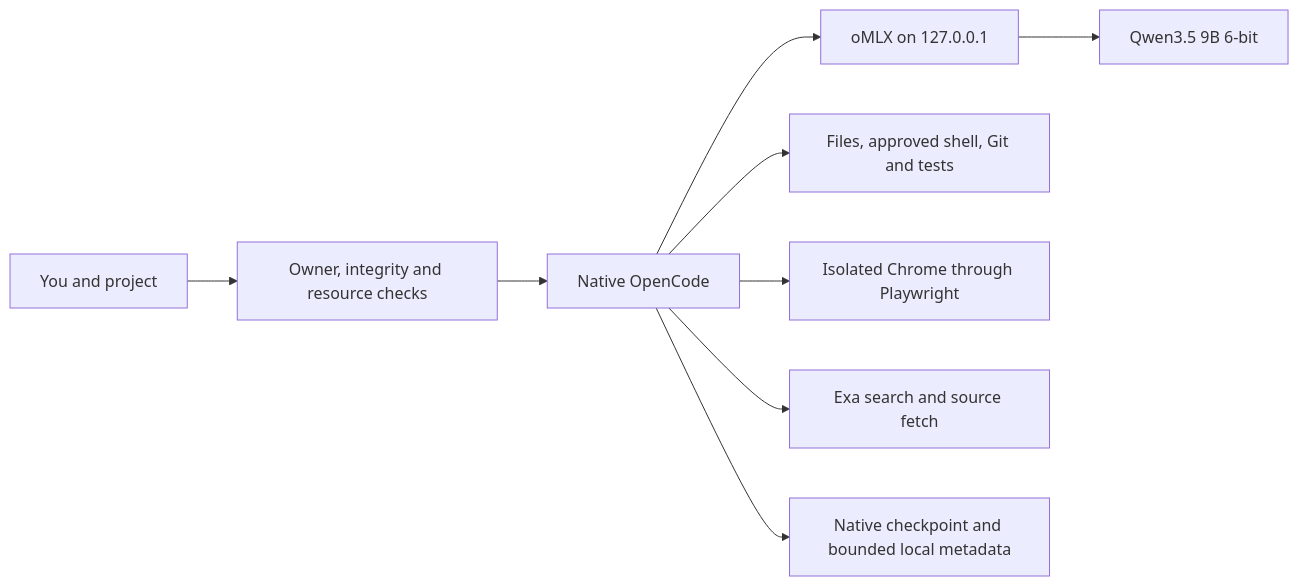
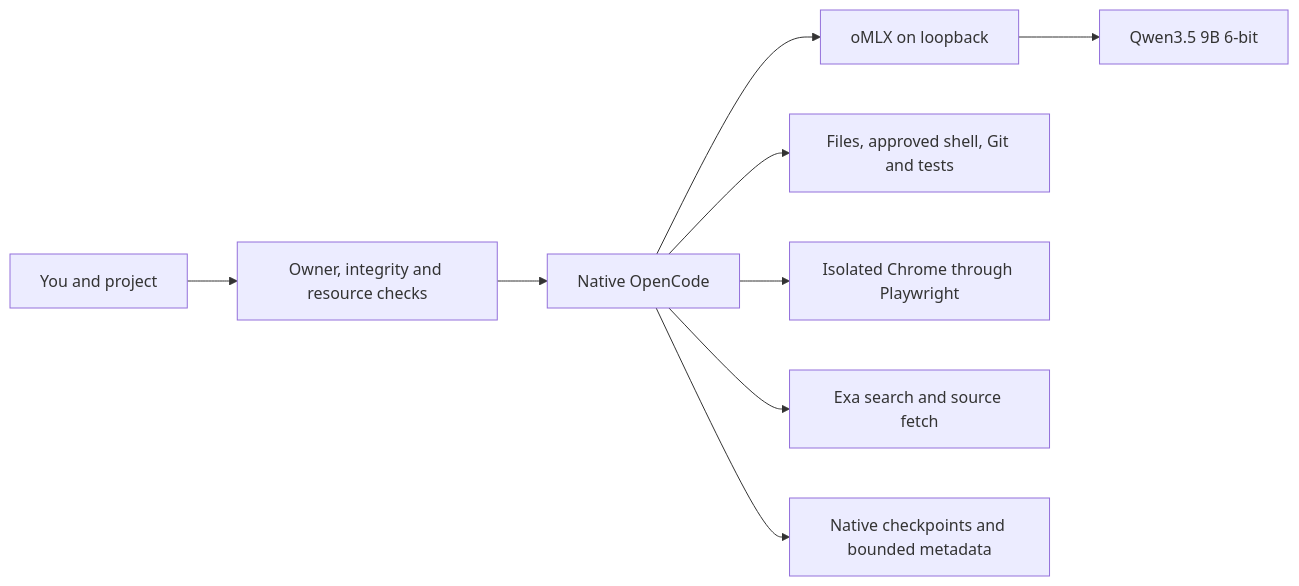
The first of 2 diagrams in README.md (PranavMishra28/kryn), drawn with Mermaid before and after one commit. The commit also changed other lines of this file and 5 other files, not shown here.

````diff
--- a/README.md
+++ b/README.md
@@ -35,11 +37,11 @@
 ```mermaid
 flowchart LR
     U[You and project] --> K[Owner, integrity and resource checks]
     K --> O[Native OpenCode]
-    O --> L[oMLX on 127.0.0.1]
+    O --> L[oMLX on loopback]
     L --> Q[Qwen3.5 9B 6-bit]
     O --> F[Files, approved shell, Git and tests]
     O --> B[Isolated Chrome through Playwright]
     O --> W[Exa search and source fetch]
-    O --> T[Native checkpoint and bounded local metadata]
+    O --> T[Native checkpoints and bounded metadata]
 ```
````
